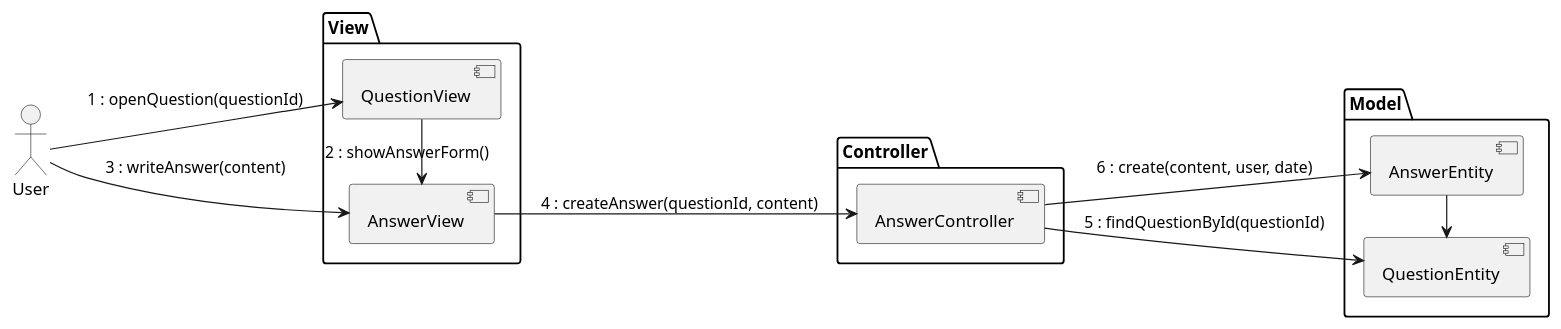
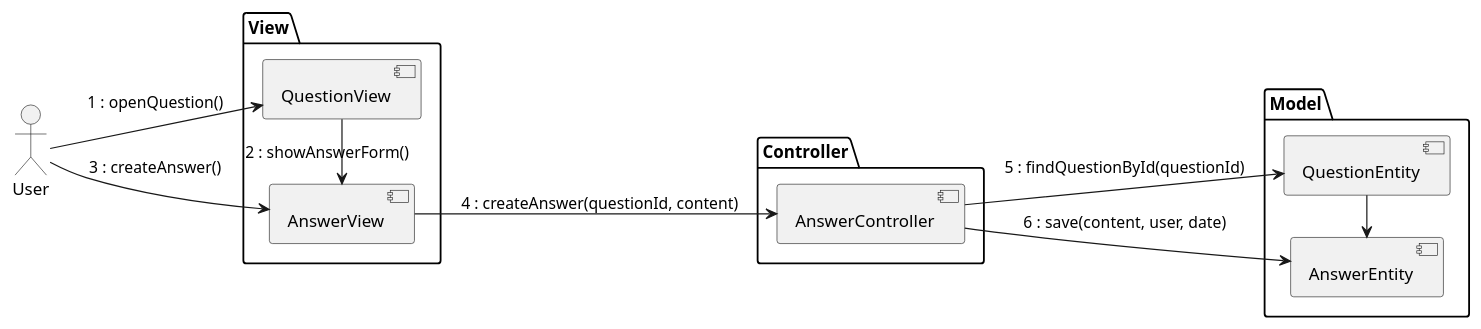
Before and after one commit to rafaelacirino/miw-backend-foro: the diagram in src/main/resources/templates/logic/useCasesAnalysis/createAnswerAnalysis.puml, drawn with PlantUML. The commit also changed 10 other files, not shown here.

Commit message:
update diagrams

```diff
--- a/src/main/resources/templates/logic/useCasesAnalysis/createAnswerAnalysis.puml
+++ b/src/main/resources/templates/logic/useCasesAnalysis/createAnswerAnalysis.puml
@@ -1,30 +1,30 @@
 @startuml
 
 left to right direction
 
 actor User
 
 package View {
     [QuestionView]
     [AnswerView]
 }
 
 package Controller {
     [AnswerController]
 }
 
 package Model {
     [AnswerEntity]
     [QuestionEntity]
 }
 
-User --> [QuestionView] : 1 : openQuestion(questionId)
+User --> [QuestionView] : 1 : openQuestion()
 [QuestionView] -right-> [AnswerView] : 2 : showAnswerForm()
-User --> [AnswerView] : 3 : writeAnswer(content)
+User --> [AnswerView] : 3 : createAnswer()
 [AnswerView] --> [AnswerController] : 4 : createAnswer(questionId, content)
 
 [AnswerController] --> [QuestionEntity] : 5 : findQuestionById(questionId)
-[AnswerController] --> [AnswerEntity] : 6 : create(content, user, date)
-[AnswerEntity] -right-> [QuestionEntity]
+[AnswerController] --> [AnswerEntity] : 6 : save(content, user, date)
+[QuestionEntity] -right-> [AnswerEntity]
 
 @enduml
```
